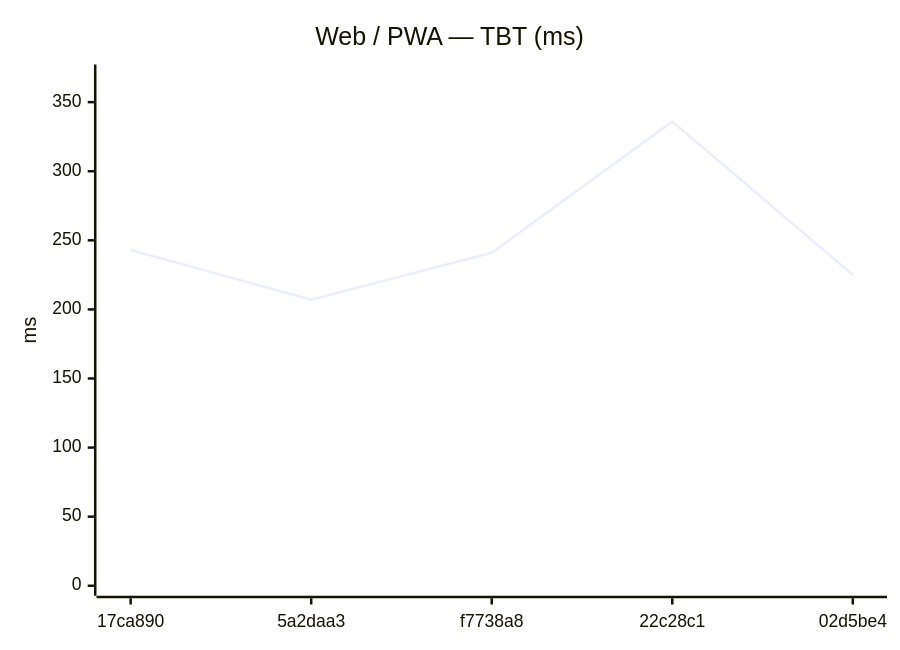
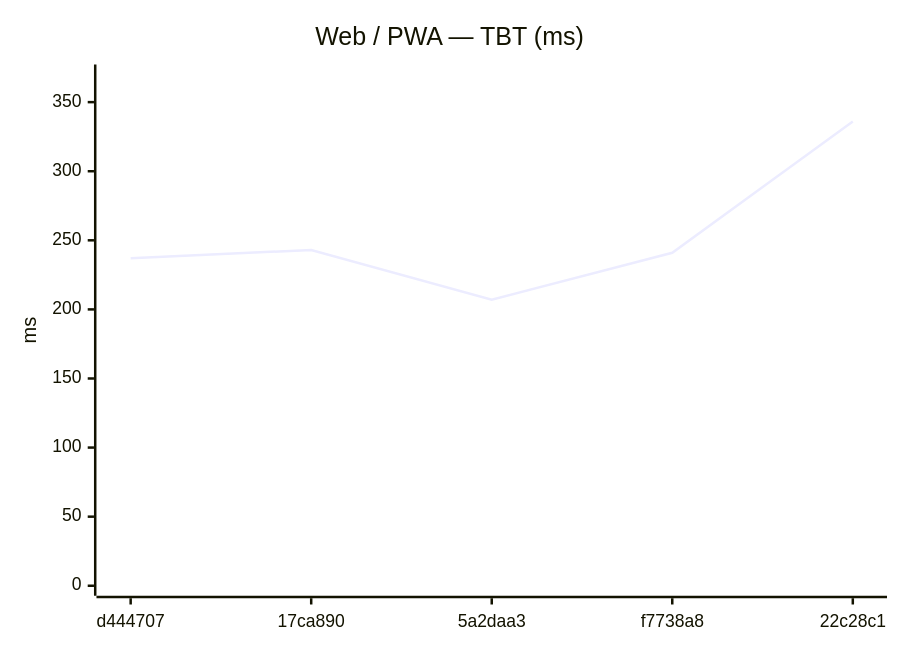
The eighth of 18 diagrams in benchmarks/compare.md (Metaheurist/Rianell), drawn with Mermaid before and after one commit. The commit also changed other lines of this file and 11 other files, not shown here.

````diff
--- a/benchmarks/compare.md
+++ b/benchmarks/compare.md
@@ -124,7 +124,7 @@
 ```mermaid
 xychart-beta
     title "Web / PWA — TBT (ms)"
-    x-axis ["17ca890", "5a2daa3", "f7738a8", "22c28c1", "02d5be4"]
+    x-axis ["d444707", "17ca890", "5a2daa3", "f7738a8", "22c28c1"]
     y-axis "ms" 0 --> 370
-    line [243, 207, 241, 336, 225]
+    line [237, 243, 207, 241, 336]
 ```
````
